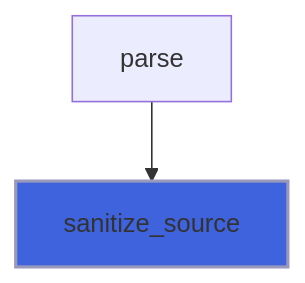
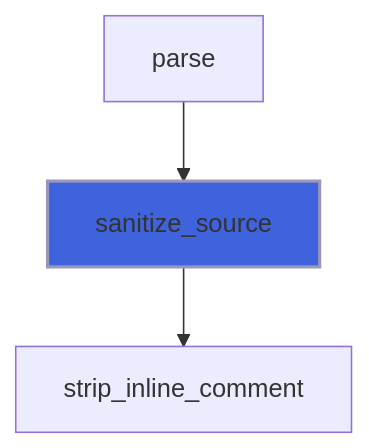
Before and after one commit to szaghi/FiNeR: diagram 14 of 23 in docs/api/src/lib/finer_section_t.md, drawn with Mermaid. The commit also changed other lines of this file and 199 other files, not shown here.

````diff
--- a/docs/api/src/lib/finer_section_t.md
+++ b/docs/api/src/lib/finer_section_t.md
@@ -470,5 +506,6 @@
 ```mermaid
 flowchart TD
   parse["parse"] --> sanitize_source["sanitize_source"]
+  sanitize_source["sanitize_source"] --> strip_inline_comment["strip_inline_comment"]
   style sanitize_source fill:#3e63dd,stroke:#99b,stroke-width:2px
 ```
````
